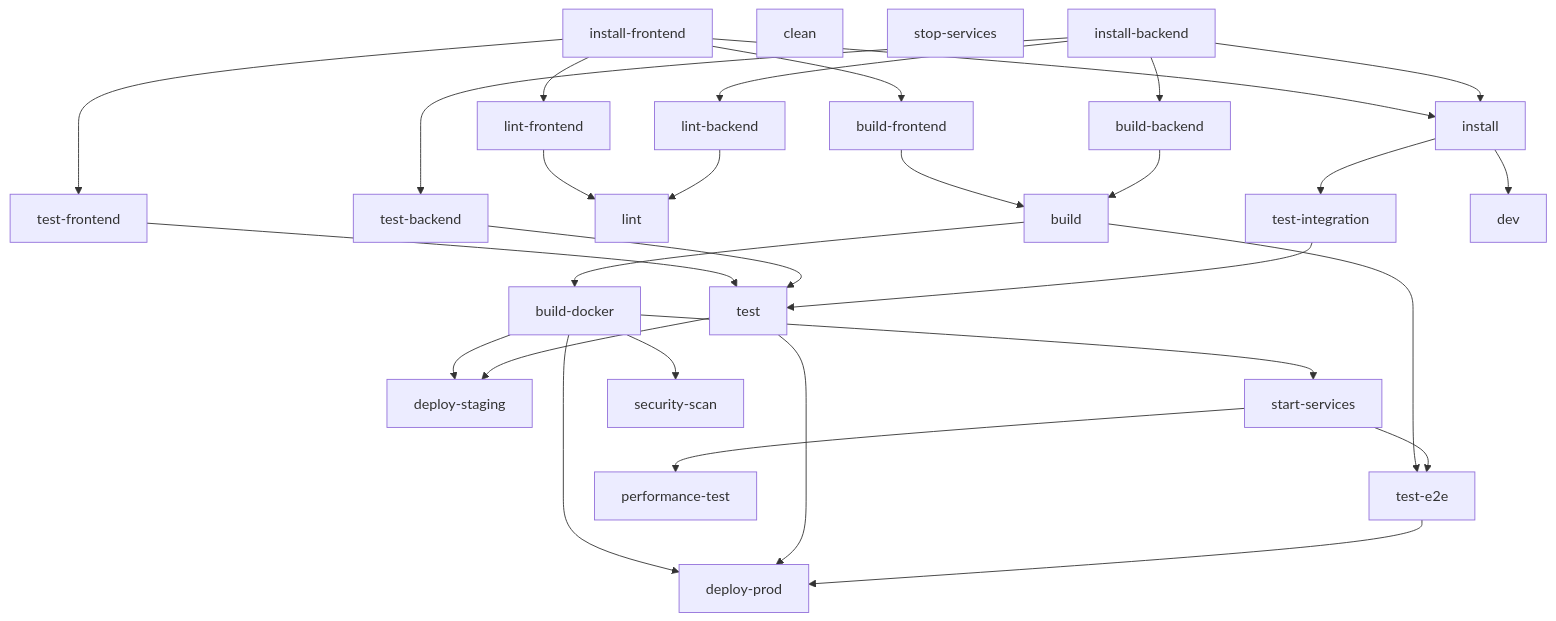
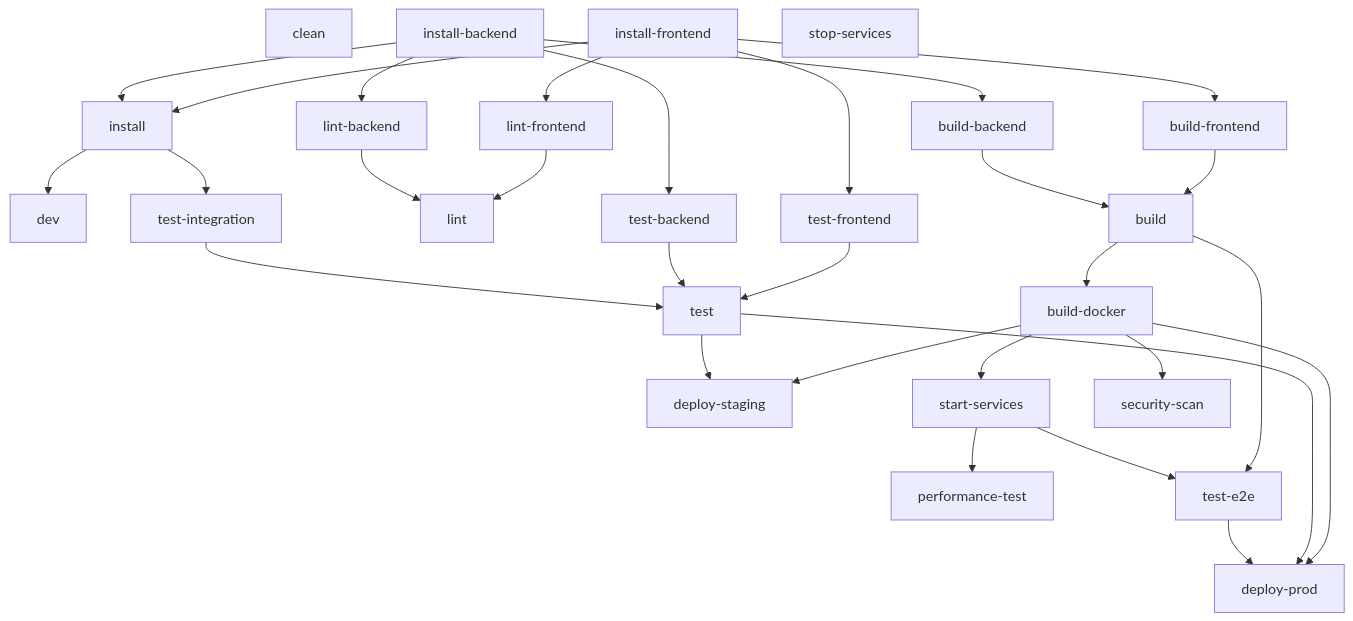
The diagram in examples/complex-webapp/.discovery/pipeline-analyzer/gotask/tasks/dependency-graph.md (nichecode/pipeline-analyzer), drawn with Mermaid before and after one commit. The commit also changed other lines of this file and 29 other files, not shown here.

````diff
--- a/examples/complex-webapp/.discovery/pipeline-analyzer/gotask/tasks/dependency-graph.md
+++ b/examples/complex-webapp/.discovery/pipeline-analyzer/gotask/tasks/dependency-graph.md
@@ -13,54 +13,54 @@
 ```mermaid
 graph TD
+    deploy-staging["deploy-staging"]
+    performance-test["performance-test"]
+    clean["clean"]
+    dev["dev"]
+    install-backend["install-backend"]
+    test["test"]
+    test-frontend["test-frontend"]
     test-e2e["test-e2e"]
+    lint["lint"]
+    build-backend["build-backend"]
+    start-services["start-services"]
+    install["install"]
+    install-frontend["install-frontend"]
+    test-backend["test-backend"]
+    build["build"]
+    lint-backend["lint-backend"]
     build-frontend["build-frontend"]
     build-docker["build-docker"]
-    test-frontend["test-frontend"]
+    stop-services["stop-services"]
+    deploy-prod["deploy-prod"]
+    security-scan["security-scan"]
     test-integration["test-integration"]
-    lint-backend["lint-backend"]
-    install["install"]
-    install-frontend["install-frontend"]
-    test["test"]
-    lint["lint"]
     lint-frontend["lint-frontend"]
-    deploy-staging["deploy-staging"]
-    deploy-prod["deploy-prod"]
-    clean["clean"]
-    test-backend["test-backend"]
-    build["build"]
-    build-backend["build-backend"]
-    start-services["start-services"]
-    stop-services["stop-services"]
-    security-scan["security-scan"]
-    performance-test["performance-test"]
-    dev["dev"]
-    install-backend["install-backend"]
-    lint-frontend --> lint
-    lint-backend --> lint
-    install-frontend --> lint-frontend
-    install-backend --> test-backend
-    build-docker --> start-services
     install-frontend --> install
     install-backend --> install
-    build-docker --> deploy-staging
-    test --> deploy-staging
+    build --> build-docker
+    build --> test-e2e
+    start-services --> test-e2e
+    install-backend --> test-backend
+    build-frontend --> build
+    build-backend --> build
+    install-frontend --> lint-frontend
+    start-services --> performance-test
+    install --> dev
+    install-backend --> build-backend
+    build-docker --> start-services
+    install-backend --> lint-backend
     build-docker --> security-scan
-    install --> dev
-    install-frontend --> build-frontend
     install --> test-integration
     test-frontend --> test
     test-backend --> test
     test-integration --> test
-    install-backend --> build-backend
-    start-services --> performance-test
-    build --> build-docker
-    install-backend --> lint-backend
+    install-frontend --> build-frontend
     build-docker --> deploy-prod
     test --> deploy-prod
     test-e2e --> deploy-prod
-    build-frontend --> build
-    build-backend --> build
-    build --> test-e2e
-    start-services --> test-e2e
+    build-docker --> deploy-staging
+    test --> deploy-staging
     install-frontend --> test-frontend
+    lint-frontend --> lint
+    lint-backend --> lint
 ```
````
